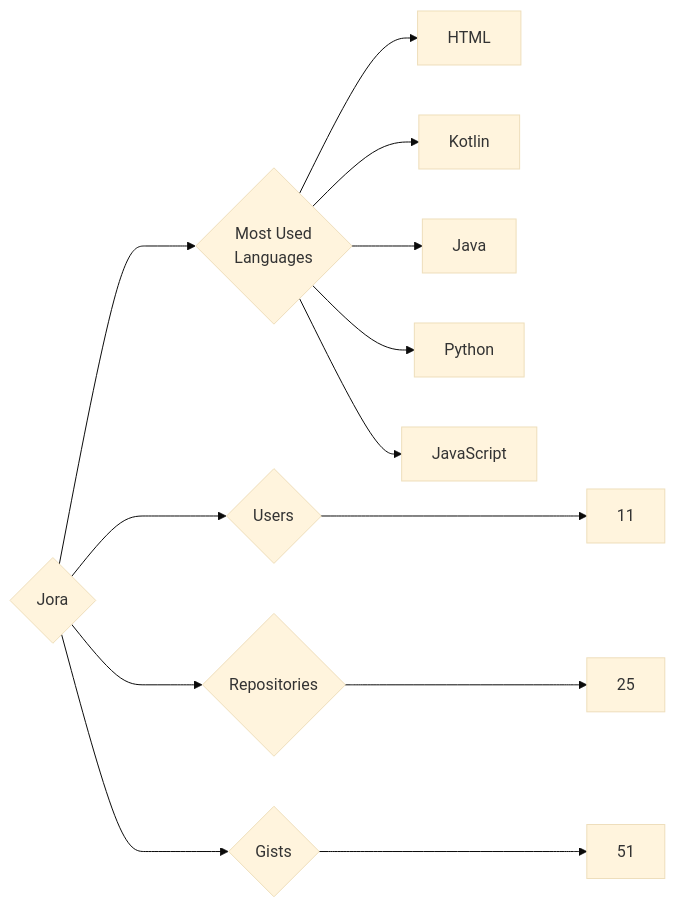
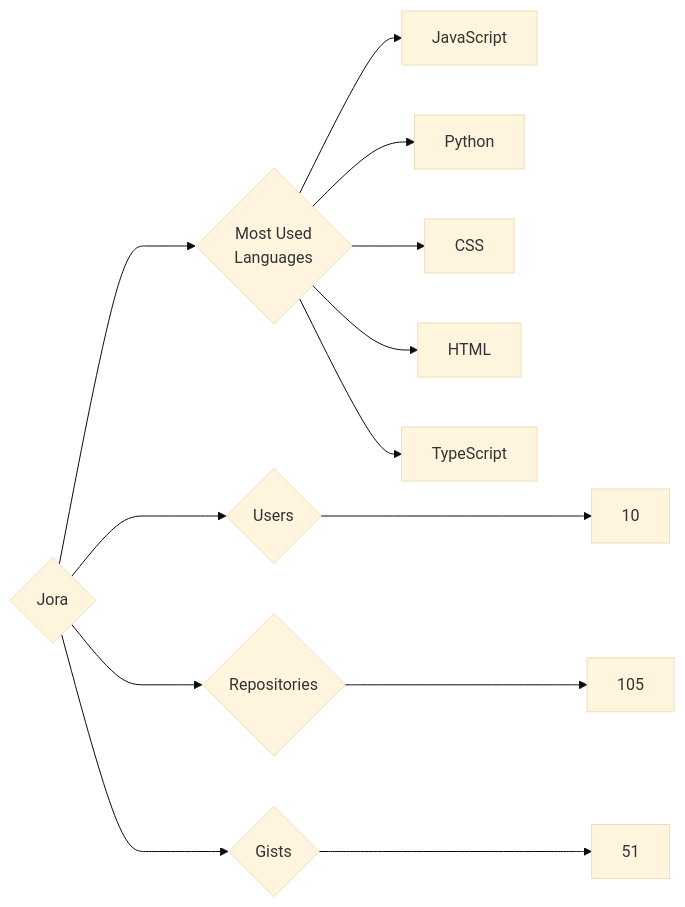
One commit to trickest/insiders changed the diagram in targets/Jora/README.md. Above: the diagram before and after it, drawn with Mermaid (base theme). The commit also changed 633 other files, not shown here.

````diff
--- a/targets/Jora/README.md
+++ b/targets/Jora/README.md
@@ -3,13 +3,13 @@
 ```mermaid
 graph LR
 COMPANY_NAME{Jora}
-COMPANY_NAME ---> U{Users} ---> UN[11]
-COMPANY_NAME ---> R{Repositories} ---> RN[25]
+COMPANY_NAME ---> U{Users} ---> UN[10]
+COMPANY_NAME ---> R{Repositories} ---> RN[105]
 COMPANY_NAME ---> G{Gists} ---> GN[51]
 COMPANY_NAME ---> ML{Most Used<br>Languages}
+ML --> JavaScript[JavaScript]
+ML --> Python[Python]
+ML --> CSS[CSS]
 ML --> HTML[HTML]
-ML --> Kotlin[Kotlin]
-ML --> Java[Java]
-ML --> Python[Python]
-ML --> JavaScript[JavaScript]
+ML --> TypeScript[TypeScript]
 ```
````
